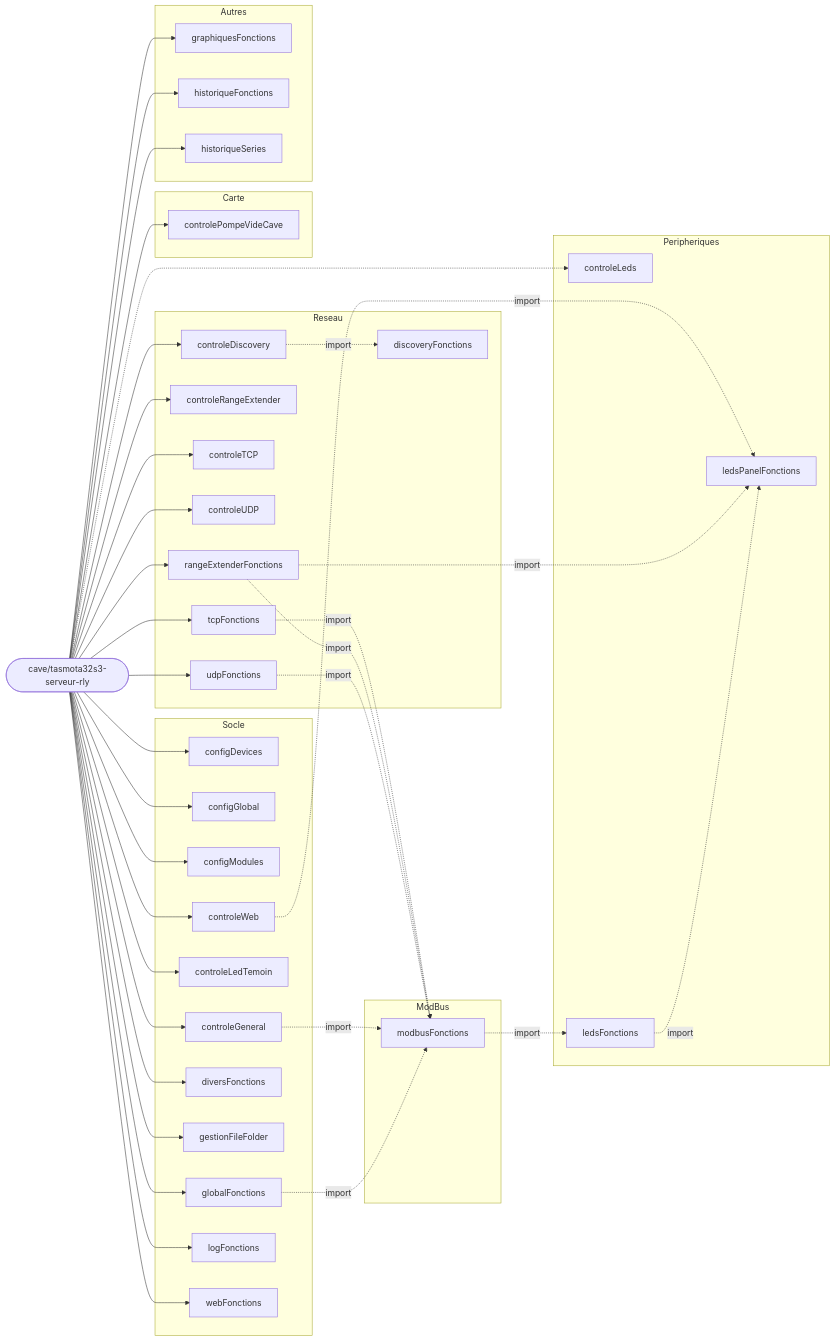
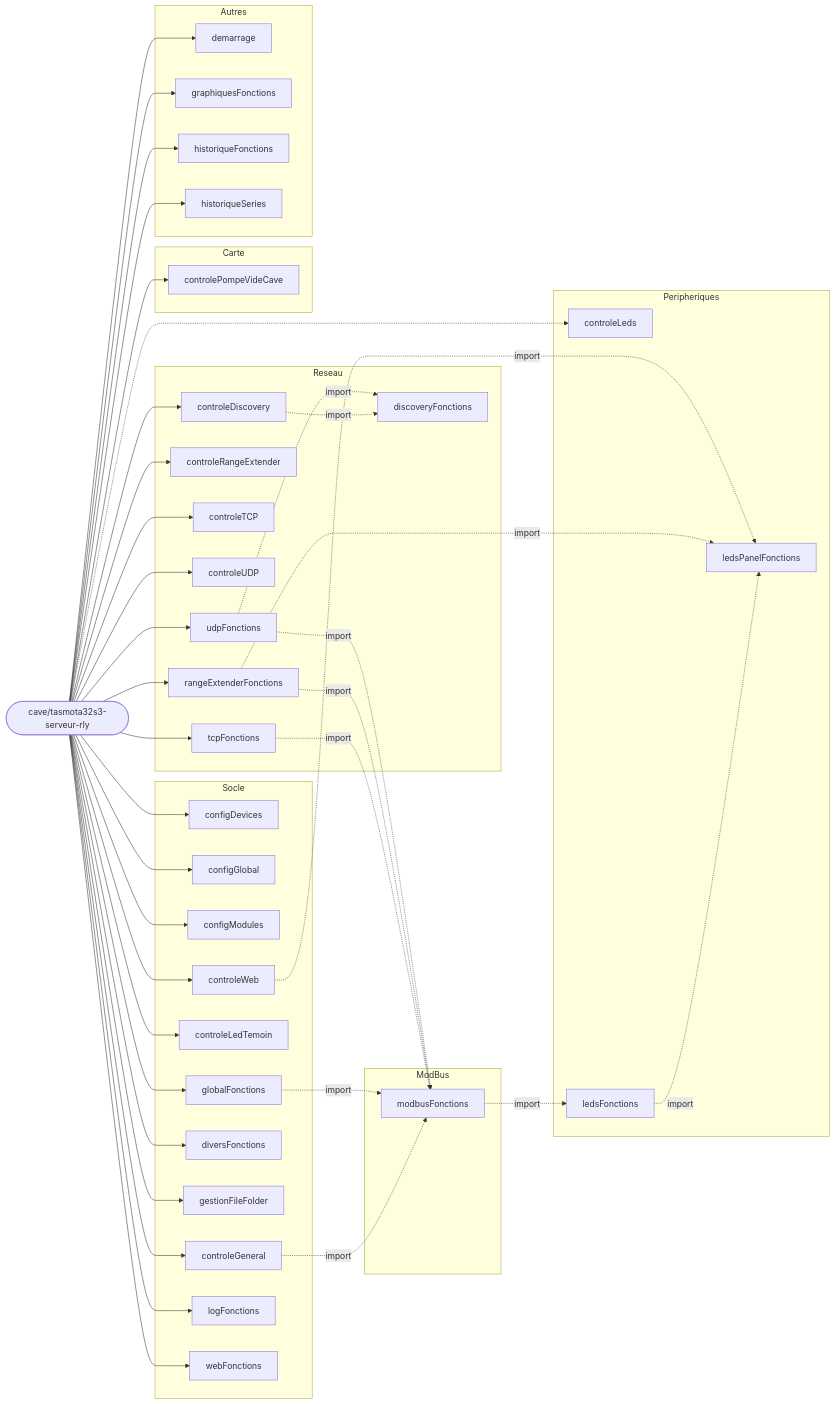
One commit to fdaubercy/Tasmota changed the third of 8 diagrams in outils_docs/CARTE_MODULES_BERRY.md. Above: the diagram before and after it, drawn with Mermaid. The commit also changed other lines of this file and 18 other files, not shown here.

````diff
--- a/outils_docs/CARTE_MODULES_BERRY.md
+++ b/outils_docs/CARTE_MODULES_BERRY.md
@@ -237,76 +248,79 @@
 ```mermaid
 flowchart LR
     CARTE(["cave/tasmota32s3-serveur-rly"])
     subgraph g_Socle["Socle"]
         m_configDevices["configDevices"]
         m_configGlobal["configGlobal"]
         m_configModules["configModules"]
         m_controleGeneral["controleGeneral"]
         m_controleLedTemoin["controleLedTemoin"]
         m_controleWeb["controleWeb"]
         m_diversFonctions["diversFonctions"]
         m_gestionFileFolder["gestionFileFolder"]
         m_globalFonctions["globalFonctions"]
         m_logFonctions["logFonctions"]
         m_webFonctions["webFonctions"]
     end
     subgraph g_Reseau["Reseau"]
         m_controleDiscovery["controleDiscovery"]
         m_controleRangeExtender["controleRangeExtender"]
         m_controleTCP["controleTCP"]
         m_controleUDP["controleUDP"]
         m_discoveryFonctions["discoveryFonctions"]
         m_rangeExtenderFonctions["rangeExtenderFonctions"]
         m_tcpFonctions["tcpFonctions"]
         m_udpFonctions["udpFonctions"]
     end
     subgraph g_ModBus["ModBus"]
         m_modbusFonctions["modbusFonctions"]
     end
     subgraph g_Peripheriques["Peripheriques"]
         m_controleLeds["controleLeds"]
         m_ledsFonctions["ledsFonctions"]
         m_ledsPanelFonctions["ledsPanelFonctions"]
     end
     subgraph g_Carte["Carte"]
         m_controlePompeVideCave["controlePompeVideCave"]
     end
     subgraph g_Autres["Autres"]
+        m_demarrage["demarrage"]
         m_graphiquesFonctions["graphiquesFonctions"]
         m_historiqueFonctions["historiqueFonctions"]
         m_historiqueSeries["historiqueSeries"]
     end
     CARTE --> m_configDevices
     CARTE --> m_configGlobal
     CARTE --> m_configModules
     CARTE --> m_controleGeneral
     CARTE --> m_controleLedTemoin
     CARTE --> m_controleWeb
     CARTE --> m_diversFonctions
     CARTE --> m_gestionFileFolder
     CARTE --> m_globalFonctions
     CARTE --> m_logFonctions
     CARTE --> m_webFonctions
     CARTE --> m_controleDiscovery
     CARTE --> m_controleRangeExtender
     CARTE --> m_controleTCP
     CARTE --> m_controleUDP
+    m_udpFonctions -.->|import| m_discoveryFonctions
     m_controleDiscovery -.->|import| m_discoveryFonctions
     CARTE --> m_rangeExtenderFonctions
     CARTE --> m_tcpFonctions
     CARTE --> m_udpFonctions
+    m_udpFonctions -.->|import| m_modbusFonctions
+    m_rangeExtenderFonctions -.->|import| m_modbusFonctions
+    m_globalFonctions -.->|import| m_modbusFonctions
     m_controleGeneral -.->|import| m_modbusFonctions
     m_tcpFonctions -.->|import| m_modbusFonctions
-    m_globalFonctions -.->|import| m_modbusFonctions
-    m_rangeExtenderFonctions -.->|import| m_modbusFonctions
-    m_udpFonctions -.->|import| m_modbusFonctions
     CARTE -.-> m_controleLeds
     m_modbusFonctions -.->|import| m_ledsFonctions
     m_controleWeb -.->|import| m_ledsPanelFonctions
     m_rangeExtenderFonctions -.->|import| m_ledsPanelFonctions
     m_ledsFonctions -.->|import| m_ledsPanelFonctions
     CARTE --> m_controlePompeVideCave
+    CARTE --> m_demarrage
     CARTE --> m_graphiquesFonctions
     CARTE --> m_historiqueFonctions
     CARTE --> m_historiqueSeries
 ```
````
